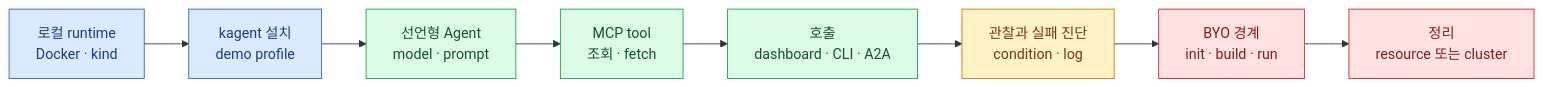
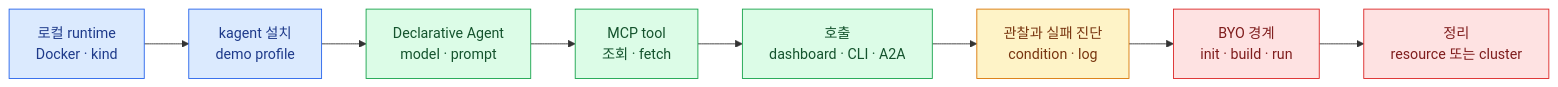
Before and after one commit to mechurak/study-starlight: the diagram in src/content/docs/kagent-lab/index.mdx, drawn with Mermaid. The commit also changed other lines of this file and 5 other files, not shown here.

````diff
--- a/src/content/docs/kagent-lab/index.mdx
+++ b/src/content/docs/kagent-lab/index.mdx
@@ -23,19 +23,19 @@
 ```mermaid
 flowchart LR
     HOST["로컬 runtime<br/>Docker · kind"] --> INSTALL["kagent 설치<br/>demo profile"]
-    INSTALL --> AGENT["선언형 Agent<br/>model · prompt"]
+    INSTALL --> AGENT["Declarative Agent<br/>model · prompt"]
     AGENT --> MCP["MCP tool<br/>조회 · fetch"]
     MCP --> CALL["호출<br/>dashboard · CLI · A2A"]
     CALL --> DEBUG["관찰과 실패 진단<br/>condition · log"]
     DEBUG --> BYO["BYO 경계<br/>init · build · run"]
     BYO --> CLEAN["정리<br/>resource 또는 cluster"]
 
     classDef key fill:#dbeafe,stroke:#2563eb,color:#1e3a8a
     classDef ok fill:#dcfce7,stroke:#16a34a,color:#14532d
     classDef warn fill:#fef3c7,stroke:#d97706,color:#78350f
     classDef bad fill:#fee2e2,stroke:#dc2626,color:#7f1d1d
     class HOST,INSTALL key
     class AGENT,MCP,CALL ok
     class DEBUG warn
     class BYO,CLEAN bad
 ```
````
